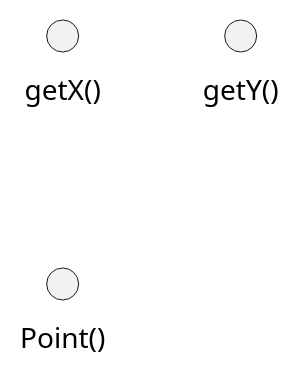
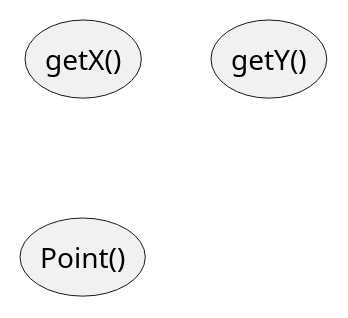
One commit to Tol0kk/VV-ESIR-TP2 changed the diagram in exercises/graph.wsd. Above: the diagram before and after it, drawn with PlantUML. The commit also changed 5 other files, not shown here.

```diff
--- a/exercises/graph.wsd
+++ b/exercises/graph.wsd
@@ -1,7 +1,7 @@
 @startuml exo1
 
-circle getX()
-circle getY()
-circle Point()
+storage "getX()"
+storage "getY()"
+storage "Point()"
 
 @enduml
```
